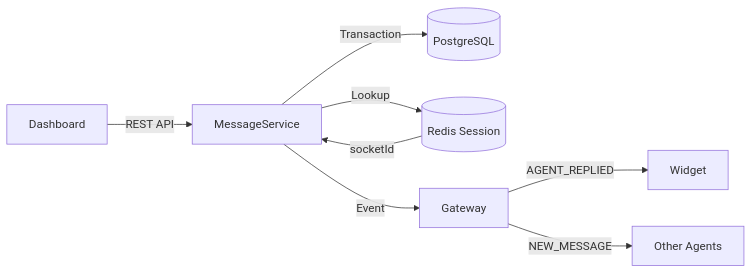
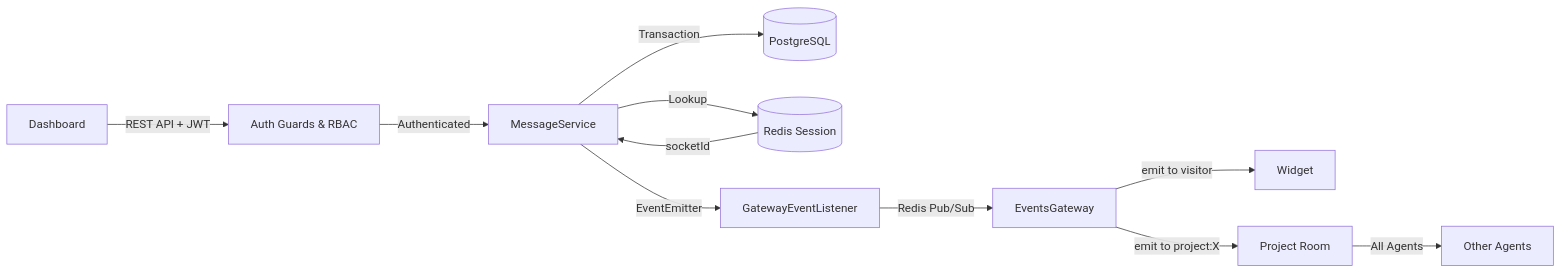
One commit to doananhhung/livechat changed the fourth of 8 diagrams in presentation/pages/hung.md. Above: the diagram before and after it, drawn with Mermaid. The commit also changed other lines of this file, not shown here.

````diff
--- a/presentation/pages/hung.md
+++ b/presentation/pages/hung.md
@@ -181,10 +301,13 @@
 ```mermaid
 flowchart LR
-    AV1["Dashboard"] -->|"REST API"| AV2["MessageService"]
-    AV2 -->|"Transaction"| AV3[("PostgreSQL")]
-    AV2 -->|"Lookup"| AV4[("Redis Session")]
-    AV4 -->|"socketId"| AV2
-    AV2 -->|"Event"| AV5["Gateway"]
-    AV5 -->|"AGENT_REPLIED"| AV6["Widget"]
-    AV5 -->|"NEW_MESSAGE"| AV7["Other Agents"]
+    AV1["Dashboard"] -->|"REST API + JWT"| AV2["Auth Guards & RBAC"]
+    AV2 -->|"Authenticated"| AV3["MessageService"]
+    AV3 -->|"Transaction"| AV4[("PostgreSQL")]
+    AV3 -->|"Lookup"| AV5[("Redis Session")]
+    AV5 -->|"socketId"| AV3
+    AV3 -->|"EventEmitter"| AV6["GatewayEventListener"]
+    AV6 -->|"Redis Pub/Sub"| AV7["EventsGateway"]
+    AV7 -->|"emit to visitor"| AV8["Widget"]
+    AV7 -->|"emit to project:X"| AV9["Project Room"]
+    AV9 -->|"All Agents"| AV10["Other Agents"]
 ```
````
